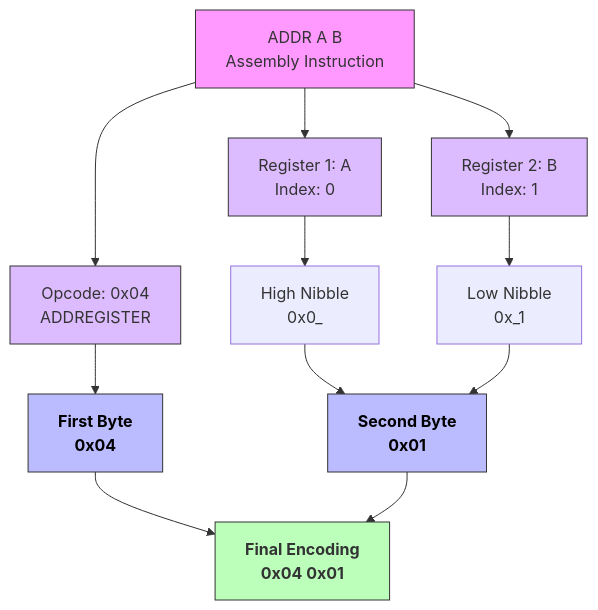
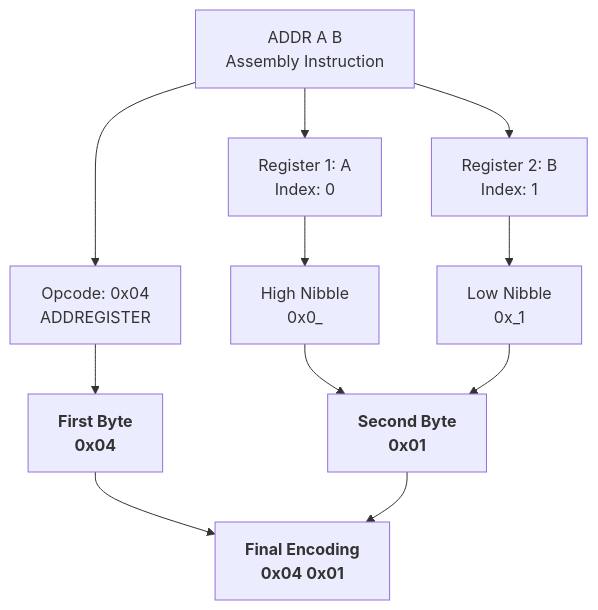
One commit to dtg-lucifer/16bit-vm-rust changed the second of 5 diagrams in README.md. Above: the diagram before and after it, drawn with Mermaid. The commit also changed other lines of this file, not shown here.

````diff
--- a/README.md
+++ b/README.md
@@ -144,26 +136,22 @@
 ```mermaid
 graph TB
     Ins["ADDR A B<br>Assembly Instruction"] --> Op[Opcode: 0x04<br>ADDREGISTER]
     Ins --> Reg1["Register 1: A<br>Index: 0"]
     Ins --> Reg2["Register 2: B<br>Index: 1"]
 
     Op --> Byte0["First Byte<br>0x04"]
     Reg1 --> High["High Nibble<br>0x0_"]
     Reg2 --> Low["Low Nibble<br>0x_1"]
 
     High --> Byte1["Second Byte<br>0x01"]
     Low --> Byte1
 
     Byte0 --> Final["Final Encoding<br>0x04 0x01"]
     Byte1 --> Final
 
-    classDef asm fill:#f9f,stroke:#333;
-    classDef enc fill:#bbf,stroke:#333,color:#000,font-weight:bold;
-    classDef nibble fill:#dbf,stroke:#333;
-    classDef result fill:#bfb,stroke:#333,font-weight:bold;
+    classDef enc font-weight:bold;
+    classDef result font-weight:bold;
 
-    class Ins asm;
-    class Op,Reg1,Reg2 nibble;
     class Byte0,Byte1 enc;
     class Final result;
 ```
````
